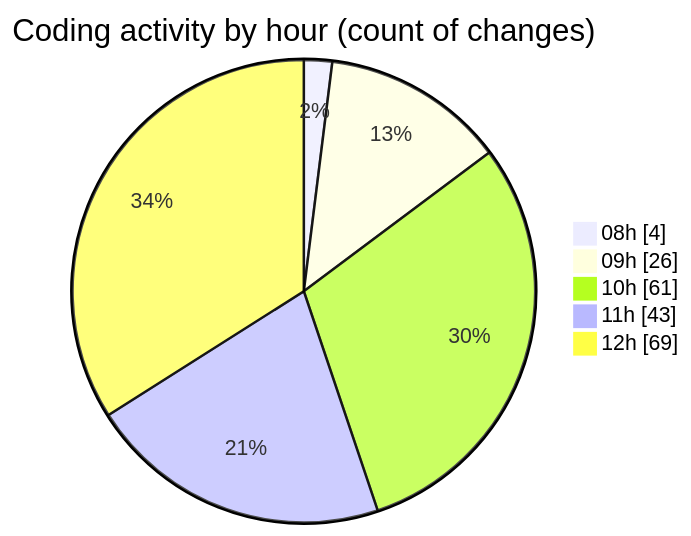
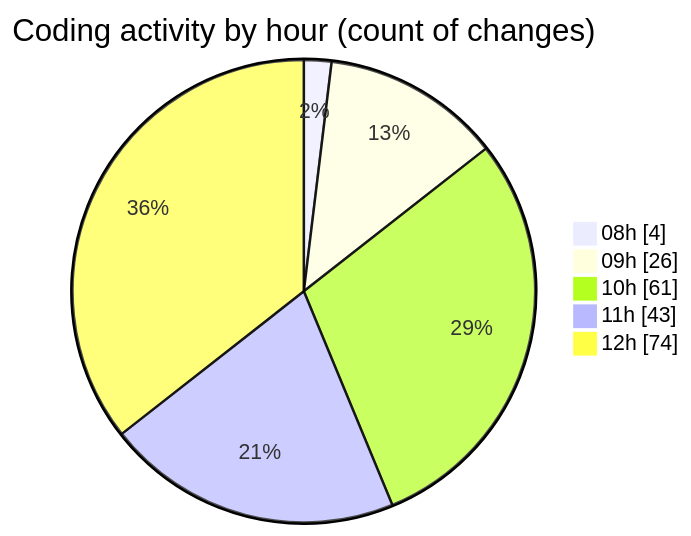
Before and after one commit to becaeroporto-bot/code-tracking: the second of 2 diagrams in 2026-02-19/bot_v1_2/README.md, drawn with Mermaid. The commit also changed other lines of this file and 1 other file, not shown here.

````diff
--- a/2026-02-19/bot_v1_2/README.md
+++ b/2026-02-19/bot_v1_2/README.md
@@ -37,9 +37,9 @@
 ```mermaid
 pie showData
 title Coding activity by hour (count of changes)
 "08h" : 4
 "09h" : 26
 "10h" : 61
 "11h" : 43
-"12h" : 69
+"12h" : 74
 ```
````
